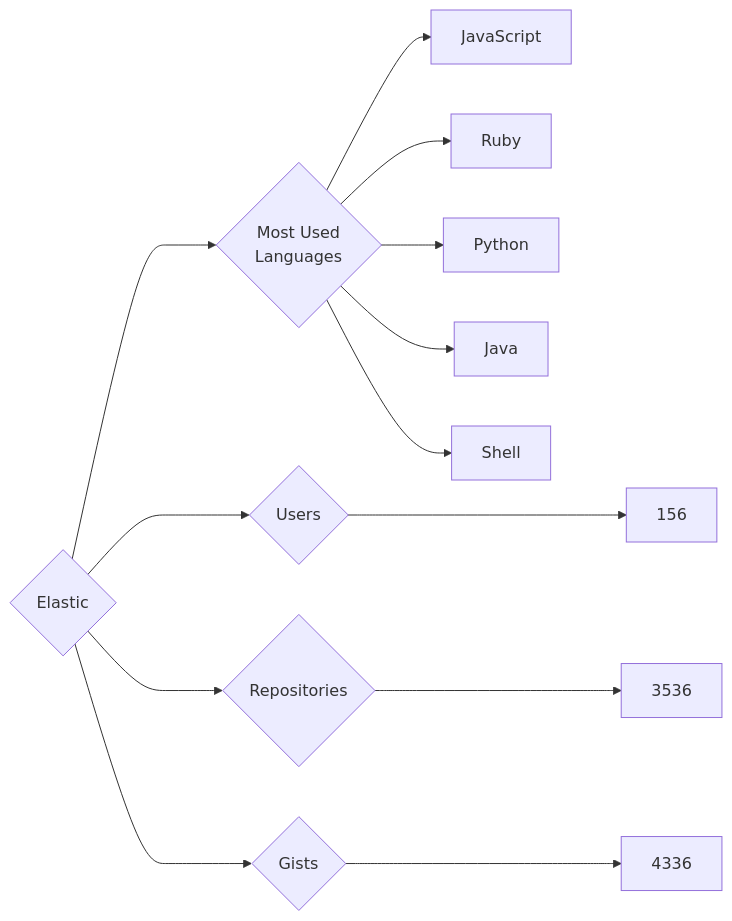
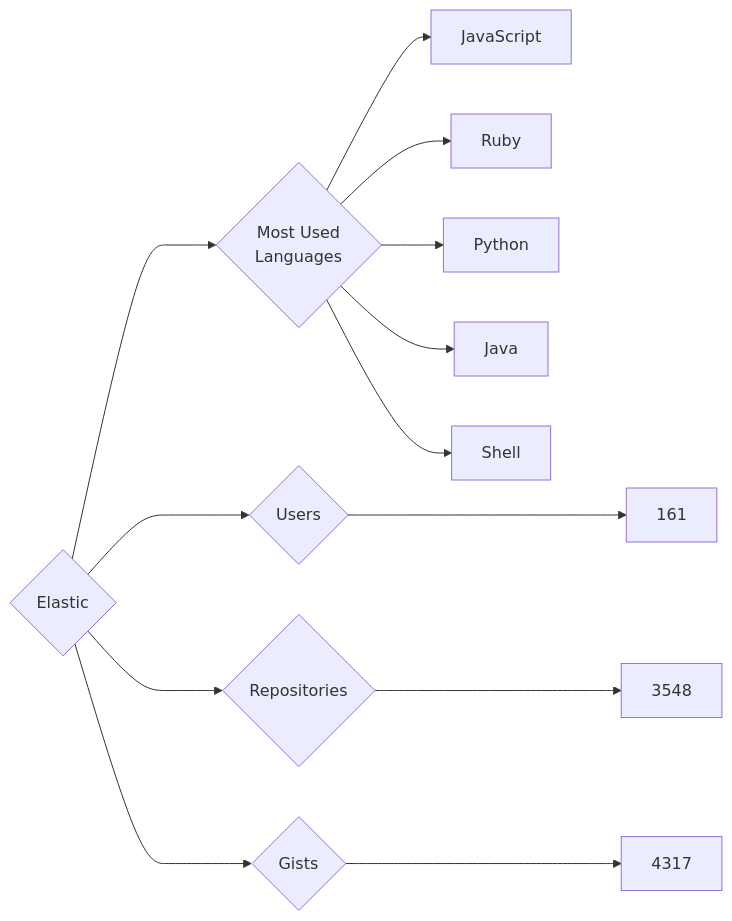
Before and after one commit to trickest/insiders: the diagram in targets/Elastic/README.md, drawn with Mermaid. The commit also changed 823 other files, not shown here.

````diff
--- a/targets/Elastic/README.md
+++ b/targets/Elastic/README.md
@@ -3,13 +3,13 @@
 ```mermaid
 graph LR
 COMPANY_NAME{Elastic}
-COMPANY_NAME ---> U{Users} ---> UN[156]
-COMPANY_NAME ---> R{Repositories} ---> RN[3536]
-COMPANY_NAME ---> G{Gists} ---> GN[4336]
+COMPANY_NAME ---> U{Users} ---> UN[161]
+COMPANY_NAME ---> R{Repositories} ---> RN[3548]
+COMPANY_NAME ---> G{Gists} ---> GN[4317]
 COMPANY_NAME ---> ML{Most Used<br>Languages}
 ML --> JavaScript[JavaScript]
 ML --> Ruby[Ruby]
 ML --> Python[Python]
 ML --> Java[Java]
 ML --> Shell[Shell]
 ```
````
